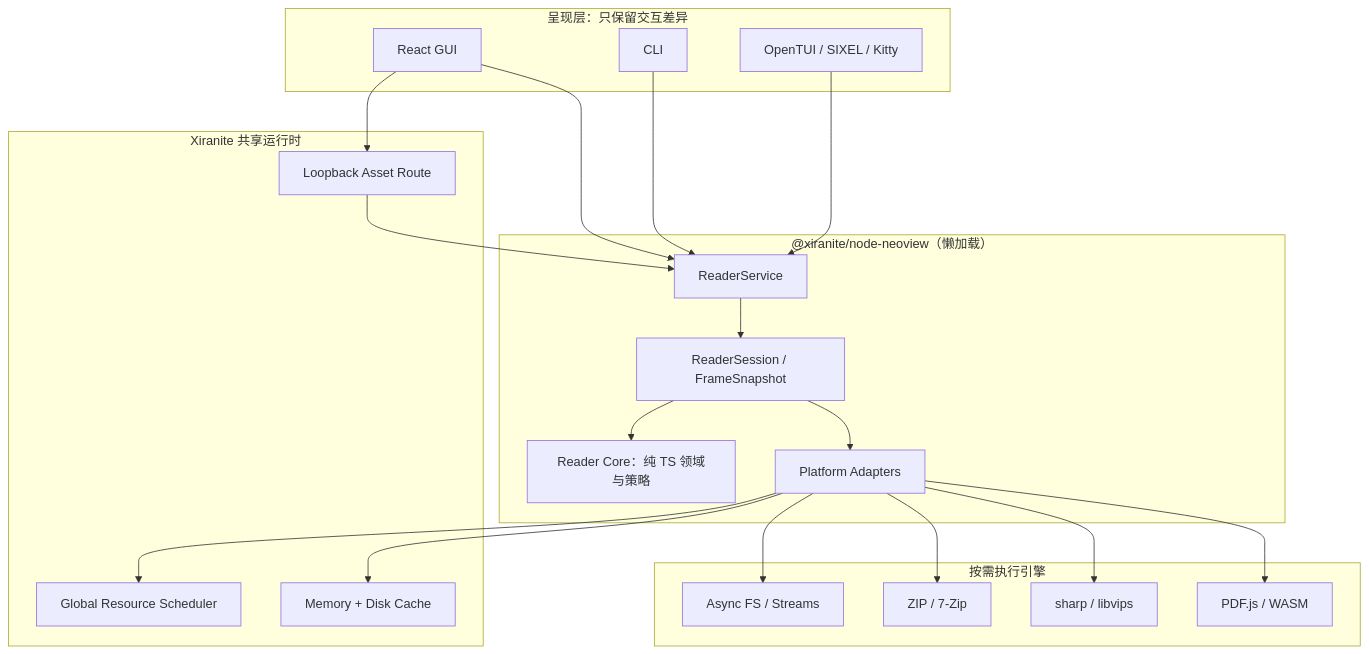
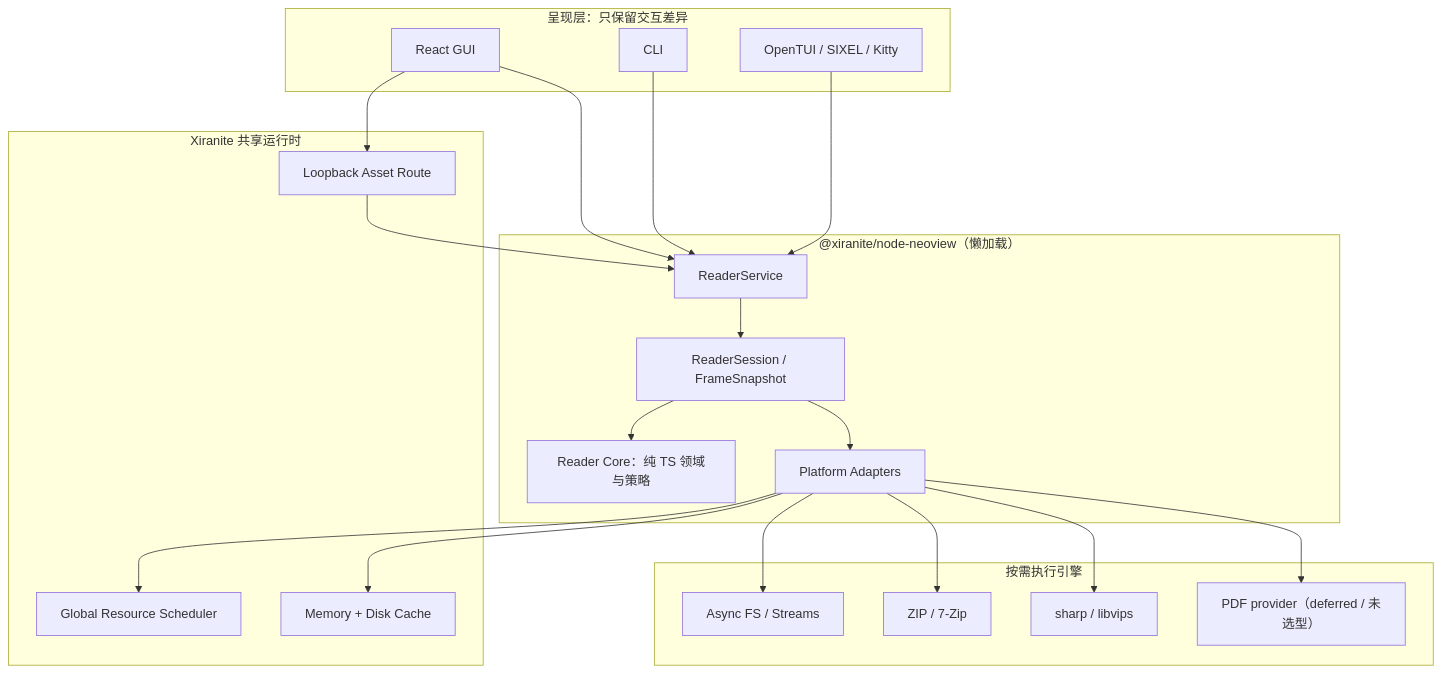
The first of 3 diagrams in docs/neoview-migration.md (HibernalGlow/Xiranite), drawn with Mermaid before and after one commit. The commit also changed other lines of this file and 27 other files, not shown here.

````diff
--- a/docs/neoview-migration.md
+++ b/docs/neoview-migration.md
@@ -412,42 +412,42 @@
 ```mermaid
 flowchart TB
   subgraph Presentation["呈现层：只保留交互差异"]
     GUI["React GUI"]
     CLI["CLI"]
     TUI["OpenTUI / SIXEL / Kitty"]
   end
 
   subgraph NodePackage["@xiranite/node-neoview（懒加载）"]
     API["ReaderService"]
     SESSION["ReaderSession / FrameSnapshot"]
     CORE["Reader Core：纯 TS 领域与策略"]
     PLATFORM["Platform Adapters"]
   end
 
   subgraph SharedRuntime["Xiranite 共享运行时"]
     SCHED["Global Resource Scheduler"]
     CACHE["Memory + Disk Cache"]
     ASSET["Loopback Asset Route"]
   end
 
   subgraph Engines["按需执行引擎"]
     FS["Async FS / Streams"]
     ZIP["ZIP / 7-Zip"]
     SHARP["sharp / libvips"]
-    PDF["PDF.js / WASM"]
+    PDF["PDF provider（deferred / 未选型）"]
   end
 
   GUI --> API
   CLI --> API
   TUI --> API
   API --> SESSION --> CORE
   SESSION --> PLATFORM
   PLATFORM --> SCHED
   PLATFORM --> CACHE
   PLATFORM --> FS
   PLATFORM --> ZIP
   PLATFORM --> SHARP
   PLATFORM --> PDF
   GUI --> ASSET
   ASSET --> API
 ```
````
